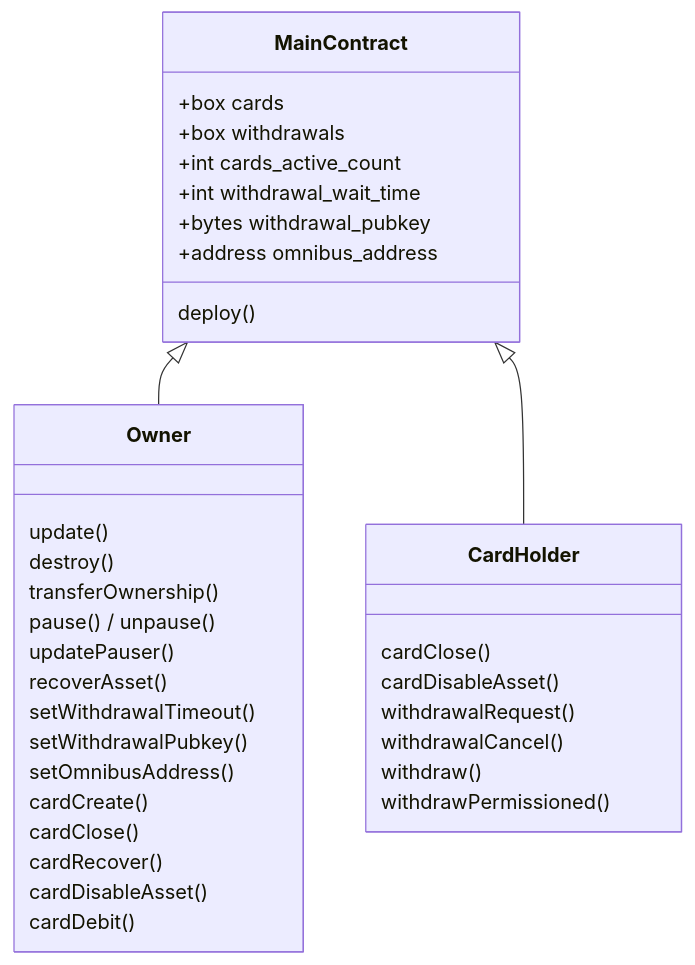
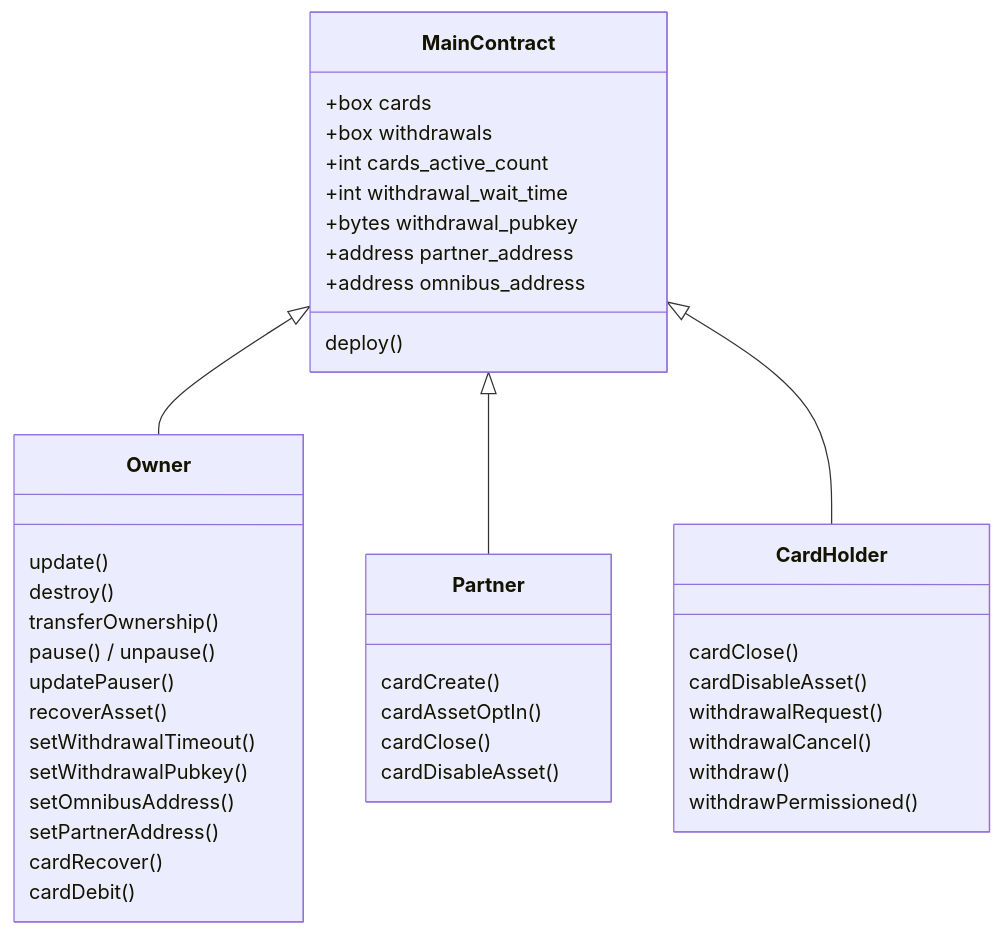
One commit to funk-af/auto-draw-card changed the first of 2 diagrams in projects/auto-draw-card/README.md. Above: the diagram before and after it, drawn with Mermaid. The commit also changed other lines of this file and 29 other files, not shown here.

````diff
--- a/projects/auto-draw-card/README.md
+++ b/projects/auto-draw-card/README.md
@@ -153,39 +162,46 @@
 ```mermaid
 classDiagram
     MainContract : +box cards
     MainContract : +box withdrawals
     MainContract : +int cards_active_count
     MainContract : +int withdrawal_wait_time
     MainContract : +bytes withdrawal_pubkey
+    MainContract : +address partner_address
     MainContract : +address omnibus_address
     MainContract : deploy()
 
     MainContract <|-- Owner
+    MainContract <|-- Partner
     MainContract <|-- CardHolder
 
     class Owner {
         update()
         destroy()
         transferOwnership()
         pause() / unpause()
         updatePauser()
         recoverAsset()
         setWithdrawalTimeout()
         setWithdrawalPubkey()
         setOmnibusAddress()
+        setPartnerAddress()
+        cardRecover()
+        cardDebit()
+    }
+
+    class Partner {
         cardCreate()
+        cardAssetOptIn()
         cardClose()
-        cardRecover()
         cardDisableAsset()
-        cardDebit()
     }
 
     class CardHolder {
         cardClose()
         cardDisableAsset()
         withdrawalRequest()
         withdrawalCancel()
         withdraw()
         withdrawPermissioned()
     }
 ```
````
